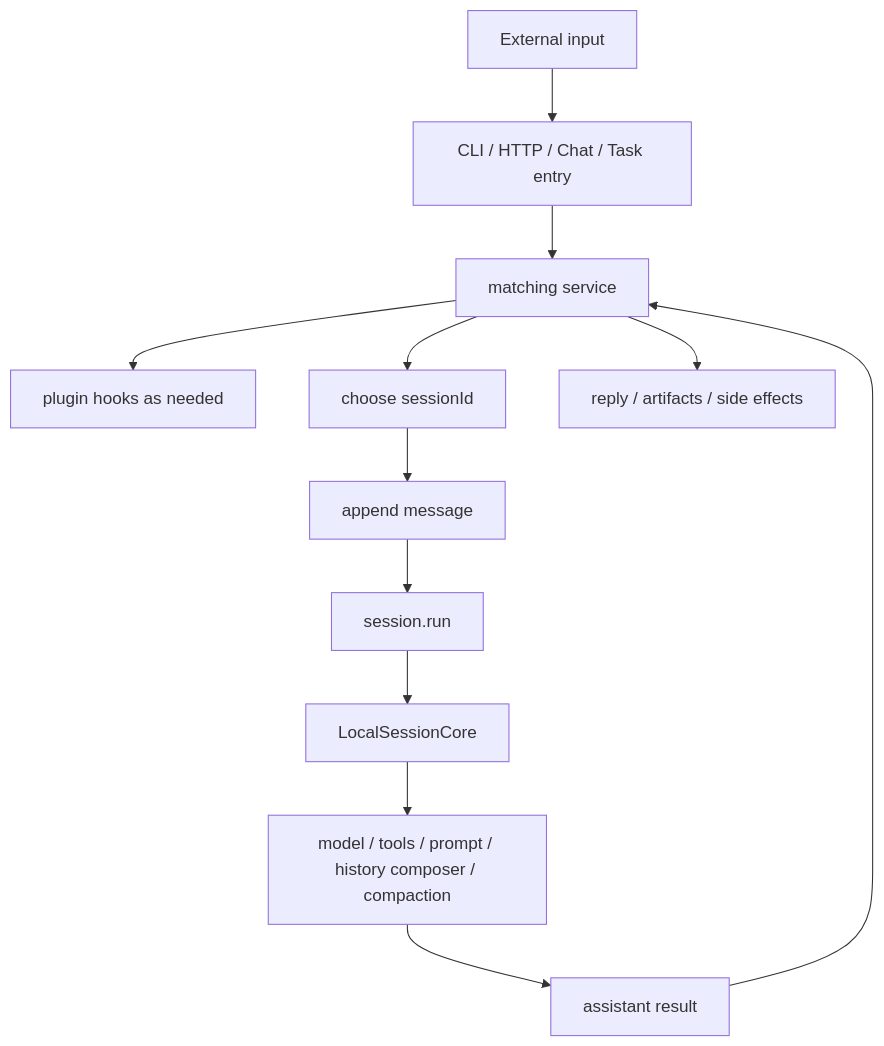
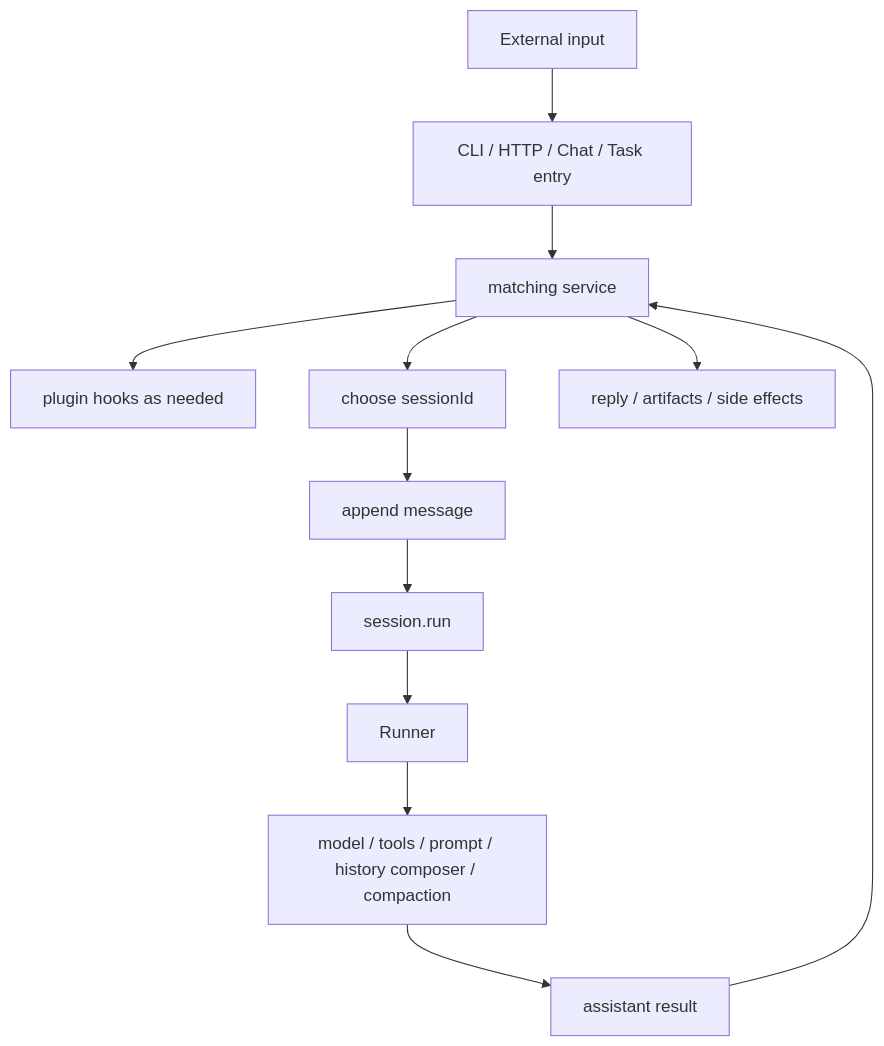
The third of 3 diagrams in homepage/content/devdocs/en/architecture/system-logic.mdx (wangenius/downcity), drawn with Mermaid before and after one commit. The commit also changed other lines of this file and 42 other files, not shown here.

Commit message:
refactor(agent): simplify session execution architecture

````diff
--- a/homepage/content/devdocs/en/architecture/system-logic.mdx
+++ b/homepage/content/devdocs/en/architecture/system-logic.mdx
@@ -173,14 +173,14 @@
 ```mermaid
 flowchart TD
   IN["External input"] --> ROUTE["CLI / HTTP / Chat / Task entry"]
   ROUTE --> SERVICE["matching service"]
   SERVICE --> HOOK["plugin hooks as needed"]
   SERVICE --> SID["choose sessionId"]
   SID --> APPEND["append message"]
   APPEND --> RUN["session.run"]
-  RUN --> CORE["LocalSessionCore"]
+  RUN --> CORE["Runner"]
   CORE --> MODEL["model / tools / prompt / history composer / compaction"]
   MODEL --> RES["assistant result"]
   RES --> SERVICE
   SERVICE --> OUT["reply / artifacts / side effects"]
 ```
````
